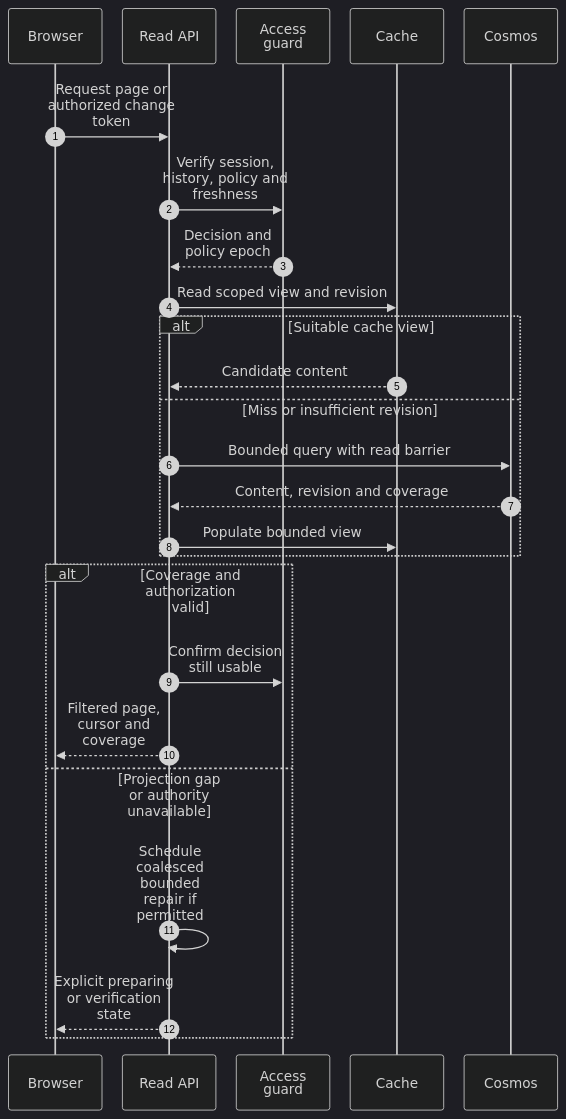
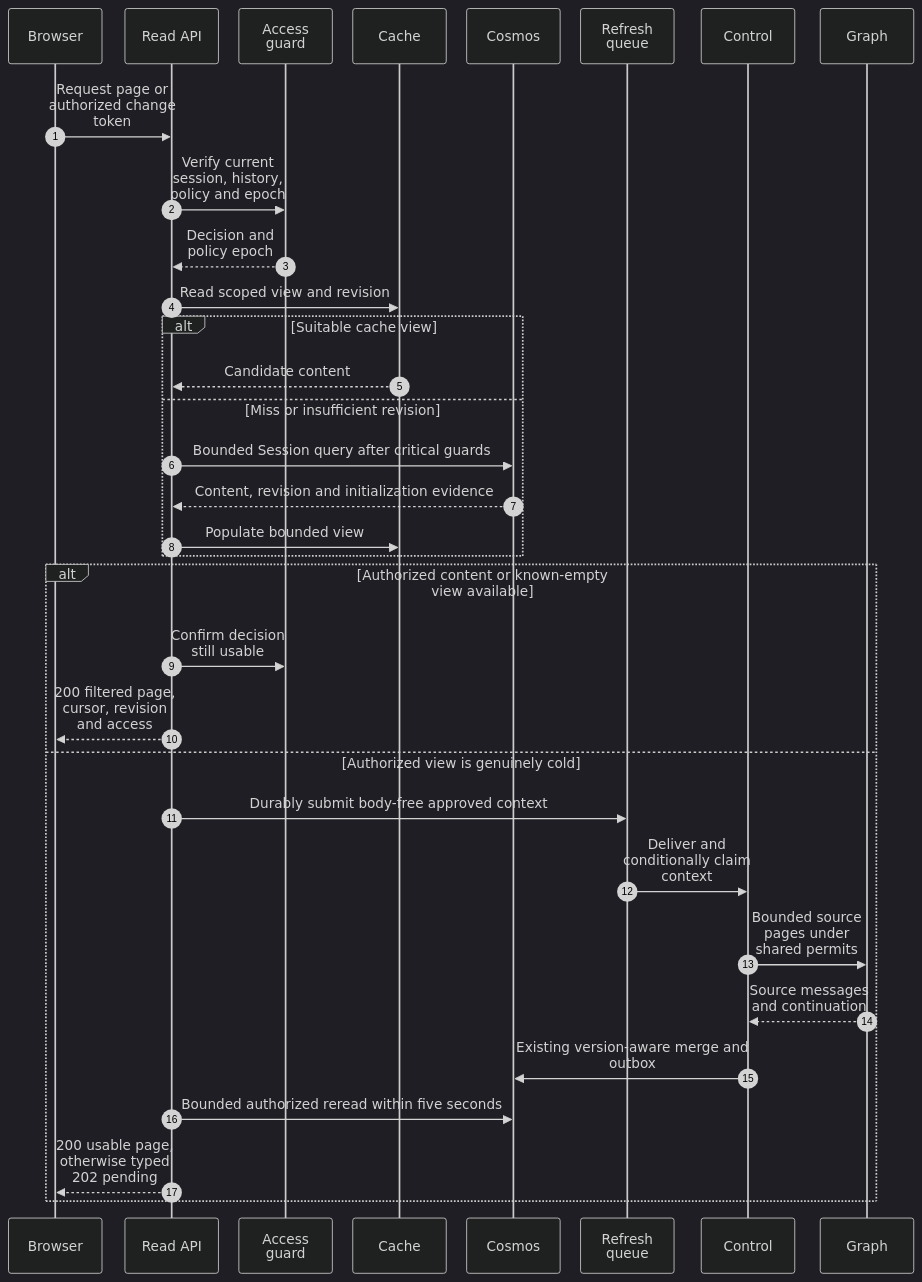
The seventh of 15 diagrams in docs/detailed-architecture.md (rmoreirao/ms-teams-custom-app), drawn with Mermaid (dark theme) before and after one commit. The commit also changed other lines of this file and 89 other files, not shown here.

````diff
--- a/docs/detailed-architecture.md
+++ b/docs/detailed-architecture.md
@@ -593,35 +595,43 @@
 ```mermaid
 ---
 config:
   sequence:
     actorMargin: 24
     width: 110
     wrap: true
 ---
 sequenceDiagram
     autonumber
     participant B as Browser
     participant A as Read API
     participant P as Access guard
     participant C as Cache
     participant D as Cosmos
+    participant Q as Refresh queue
+    participant R as Control
+    participant G as Graph
 
     B->>A: Request page or authorized change token
-    A->>P: Verify session, history, policy and freshness
+    A->>P: Verify current session, history, policy and epoch
     P-->>A: Decision and policy epoch
     A->>C: Read scoped view and revision
     alt Suitable cache view
         C-->>A: Candidate content
     else Miss or insufficient revision
-        A->>D: Bounded query with read barrier
-        D-->>A: Content, revision and coverage
+        A->>D: Bounded Session query after critical guards
+        D-->>A: Content, revision and initialization evidence
         A->>C: Populate bounded view
     end
-    alt Coverage and authorization valid
+    alt Authorized content or known-empty view available
         A->>P: Confirm decision still usable
-        A-->>B: Filtered page, cursor and coverage
-    else Projection gap or authority unavailable
-        A->>A: Schedule coalesced bounded repair if permitted
-        A-->>B: Explicit preparing or verification state
+        A-->>B: 200 filtered page, cursor, revision and access
+    else Authorized view is genuinely cold
+        A->>Q: Durably submit body-free approved context
+        Q->>R: Deliver and conditionally claim context
+        R->>G: Bounded source pages under shared permits
+        G-->>R: Source messages and continuation
+        R->>D: Existing version-aware merge and outbox
+        A->>D: Bounded authorized reread within five seconds
+        A-->>B: 200 usable page, otherwise typed 202 pending
     end
 ```
````
